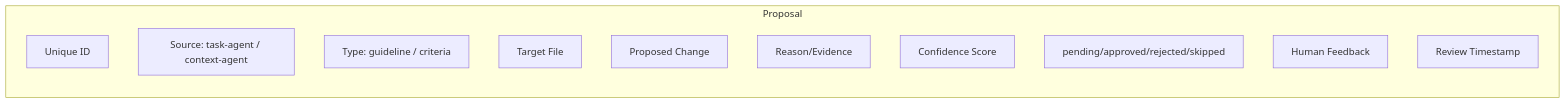
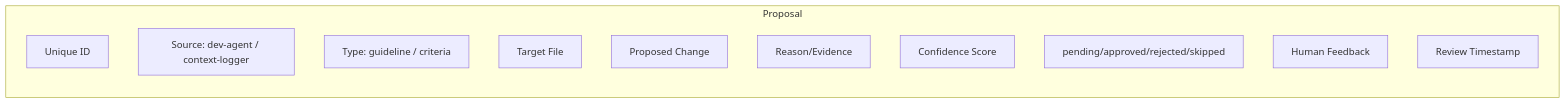
Before and after one commit to cymfg/ophan: diagram 14 of 19 in docs/outer-loop.md, drawn with Mermaid. The commit also changed other lines of this file and 43 other files, not shown here.

````diff
--- a/docs/outer-loop.md
+++ b/docs/outer-loop.md
@@ -336,15 +334,15 @@
 ```mermaid
 flowchart LR
     subgraph "Proposal"
         ID[Unique ID]
-        Source[Source: task-agent / context-agent]
+        Source[Source: dev-agent / context-logger]
         Type[Type: guideline / criteria]
         Target[Target File]
         Change[Proposed Change]
         Reason[Reason/Evidence]
         Confidence[Confidence Score]
         Status[pending/approved/rejected/skipped]
         Feedback[Human Feedback]
         ReviewedAt[Review Timestamp]
     end
 ```
````
